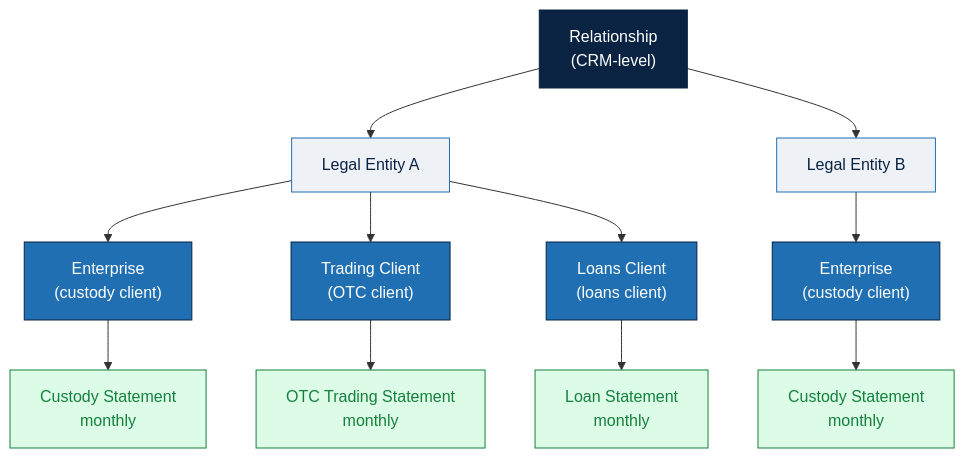
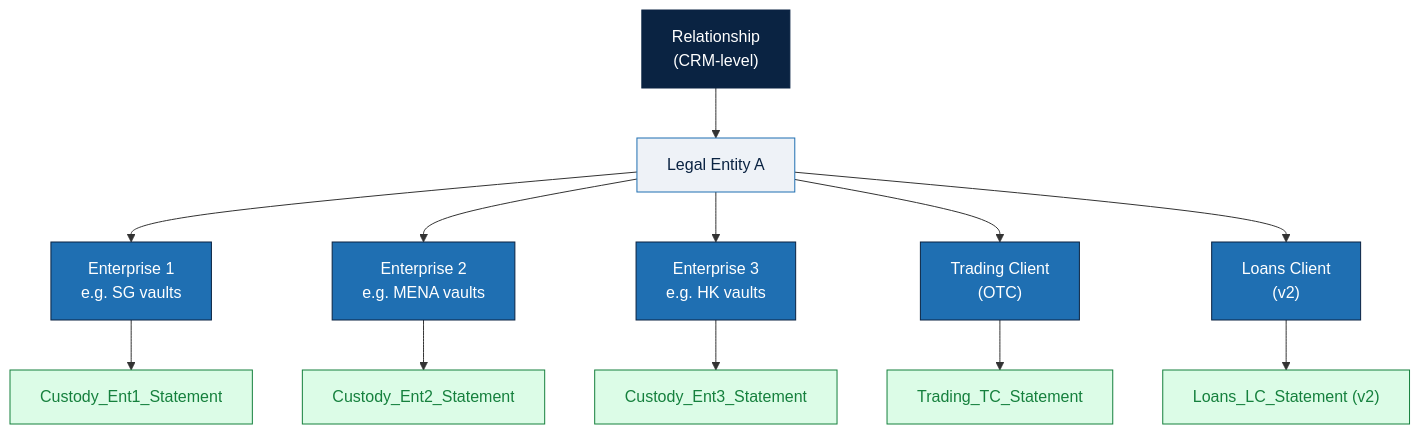
One commit to hextrust-rock-zeng/products_doc changed the diagram in mockup/monthly_client_statement/PRD.md. Above: the diagram before and after it, drawn with Mermaid. The commit also changed other lines of this file, not shown here.

Commit message:
PRD: 7 review-comment refinements
- §1: "on request" → Client Operations sends statements by email
  each month.
- §3: add Trading-statement-on-Reporting-Hub → v2 (in v1 emailed by
  Client Ops only, not surfaced in client portal).
- §4 client-side: Other user roles now View + Download (was hidden).
- §4 HexAdmin: add Other user roles row → view + download (no
  approve / re-generate).
- §5 mermaid: rebuilt to show one custody client (Legal Entity A) with
  multiple Enterprises (SG / MENA / HK vaults), each producing its own
  Custody statement.
- §8 Backfill: remove "No client comms needed" line.
- §13: add open item #6 — UI design (final wording, columns, layout)
  on sample client statements (Custody + Trading).

````diff
--- a/mockup/monthly_client_statement/PRD.md
+++ b/mockup/monthly_client_statement/PRD.md
@@ -107,20 +110,20 @@
 ```mermaid
 graph TD
     R["Relationship<br/>(CRM-level)"]:::rel
     LE1["Legal Entity A"]:::le
-    LE2["Legal Entity B"]:::le
     R --> LE1
-    R --> LE2
-    LE1 --> E1["Enterprise<br/>(custody client)"]:::ent
-    LE1 --> T1["Trading Client<br/>(OTC client)"]:::ent
-    LE1 --> Lo1["Loans Client<br/>(loans client)"]:::ent
-    LE2 --> E2["Enterprise<br/>(custody client)"]:::ent
-    E1 --> S1["Custody Statement<br/>monthly"]:::stmt
-    T1 --> S2["OTC Trading Statement<br/>monthly"]:::stmt
-    Lo1 --> S3["Loan Statement<br/>monthly"]:::stmt
-    E2 --> S4["Custody Statement<br/>monthly"]:::stmt
+    LE1 --> E1["Enterprise 1<br/>e.g. SG vaults"]:::ent
+    LE1 --> E2["Enterprise 2<br/>e.g. MENA vaults"]:::ent
+    LE1 --> E3["Enterprise 3<br/>e.g. HK vaults"]:::ent
+    LE1 --> T1["Trading Client<br/>(OTC)"]:::ent
+    LE1 --> Lo1["Loans Client<br/>(v2)"]:::ent
+    E1 --> S1["Custody_Ent1_Statement"]:::stmt
+    E2 --> S2["Custody_Ent2_Statement"]:::stmt
+    E3 --> S3["Custody_Ent3_Statement"]:::stmt
+    T1 --> S4["Trading_TC_Statement"]:::stmt
+    Lo1 --> S5["Loans_LC_Statement (v2)"]:::stmt
     classDef rel fill:#0A2342,stroke:#0A2342,color:#fff
     classDef le fill:#EEF2F7,stroke:#1F6FB2,color:#0A2342
     classDef ent fill:#1F6FB2,stroke:#0A2342,color:#fff
     classDef stmt fill:#DCFCE7,stroke:#15803D,color:#15803D
 ```
````
